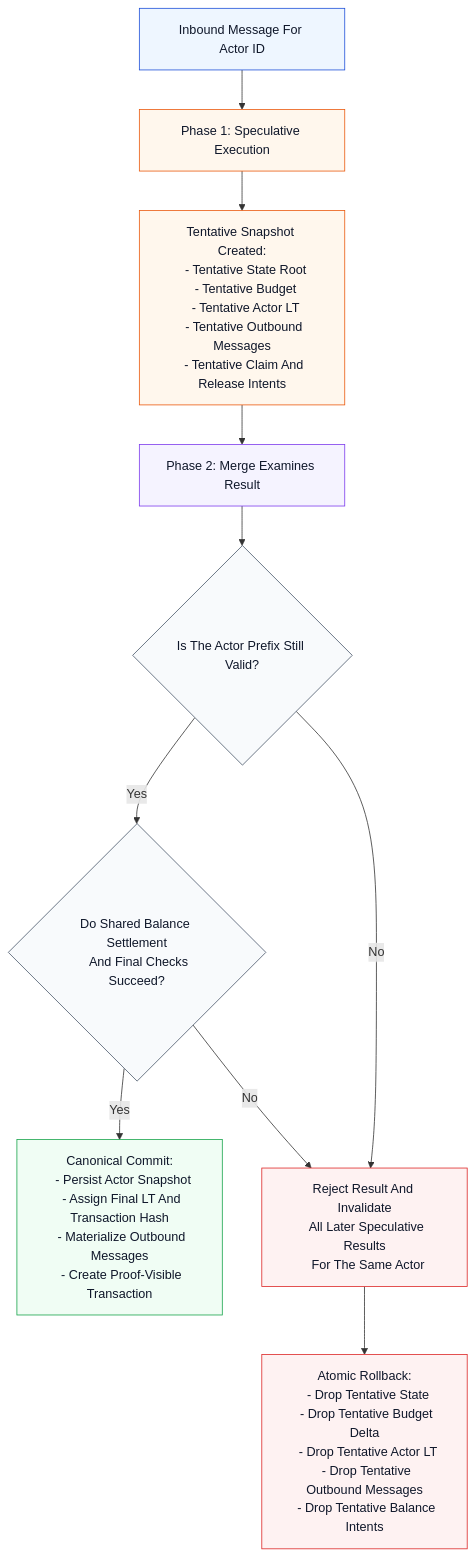
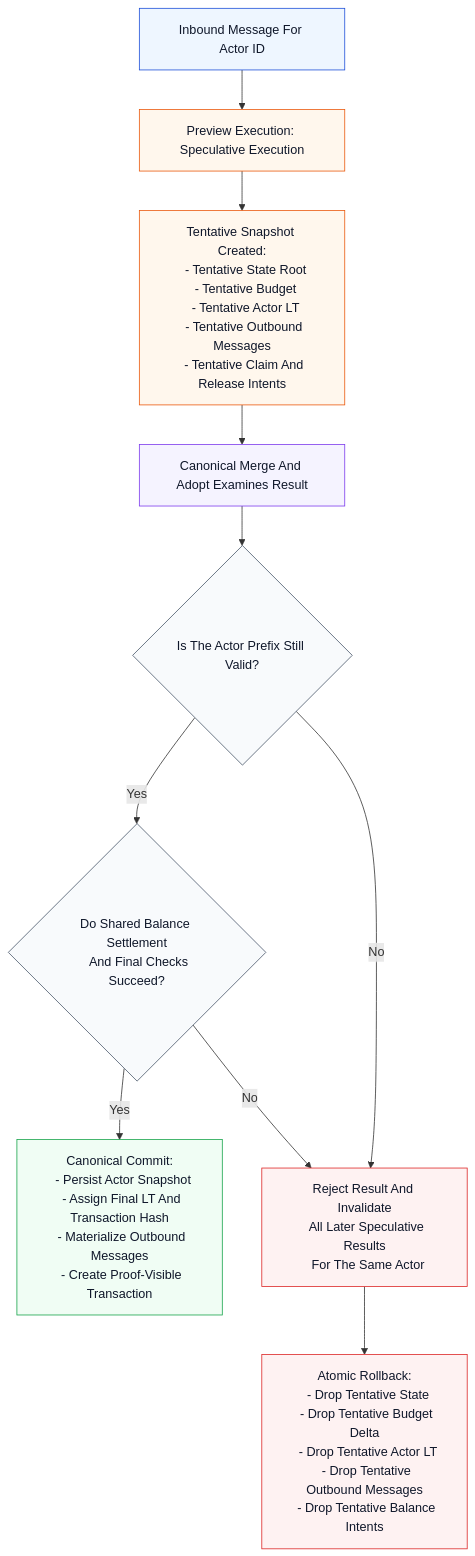
One commit to tosnetwork/tos changed the fourth of 5 diagrams in doc/actor-v3.md. Above: the diagram before and after it, drawn with Mermaid. The commit also changed other lines of this file and 1 other file, not shown here.

Commit message:
Align actor docs with admission and wave execution

````diff
--- a/doc/actor-v3.md
+++ b/doc/actor-v3.md
@@ -1313,49 +1368,49 @@
 ```mermaid
 flowchart TD
   S0["Inbound Message For Actor ID"]
-  S1["Phase 1: Speculative Execution"]
+  S1["Preview Execution: Speculative Execution"]
   S2["Tentative Snapshot Created:
   - Tentative State Root
   - Tentative Budget
   - Tentative Actor LT
   - Tentative Outbound Messages
   - Tentative Claim And Release Intents"]
-  S3["Phase 2: Merge Examines Result"]
+  S3["Canonical Merge And Adopt Examines Result"]
   D1{"Is The Actor Prefix Still Valid?"}
   D2{"Do Shared Balance Settlement
   And Final Checks Succeed?"}
   C1["Canonical Commit:
   - Persist Actor Snapshot
   - Assign Final LT And Transaction Hash
   - Materialize Outbound Messages
   - Create Proof-Visible Transaction"]
   R1["Atomic Rollback:
   - Drop Tentative State
   - Drop Tentative Budget Delta
   - Drop Tentative Actor LT
   - Drop Tentative Outbound Messages
   - Drop Tentative Balance Intents"]
   R2["Reject Result And Invalidate
   All Later Speculative Results
   For The Same Actor"]
 
   S0 --> S1 --> S2 --> S3 --> D1
   D1 -- "No" --> R2 --> R1
   D1 -- "Yes" --> D2
   D2 -- "Yes" --> C1
   D2 -- "No" --> R2
 
   classDef inbound fill:#eef6ff,stroke:#1d4ed8,color:#0f172a,stroke-width:1px;
   classDef phase1 fill:#fff7ed,stroke:#ea580c,color:#0f172a,stroke-width:1px;
   classDef phase2 fill:#f5f3ff,stroke:#7c3aed,color:#0f172a,stroke-width:1px;
   classDef commit fill:#f0fdf4,stroke:#16a34a,color:#0f172a,stroke-width:1px;
   classDef rollback fill:#fef2f2,stroke:#dc2626,color:#0f172a,stroke-width:1px;
   classDef decision fill:#f8fafc,stroke:#475569,color:#0f172a,stroke-width:1px;
 
   class S0 inbound;
   class S1,S2 phase1;
   class S3 phase2;
   class C1 commit;
   class R1,R2 rollback;
   class D1,D2 decision;
 ```
````
